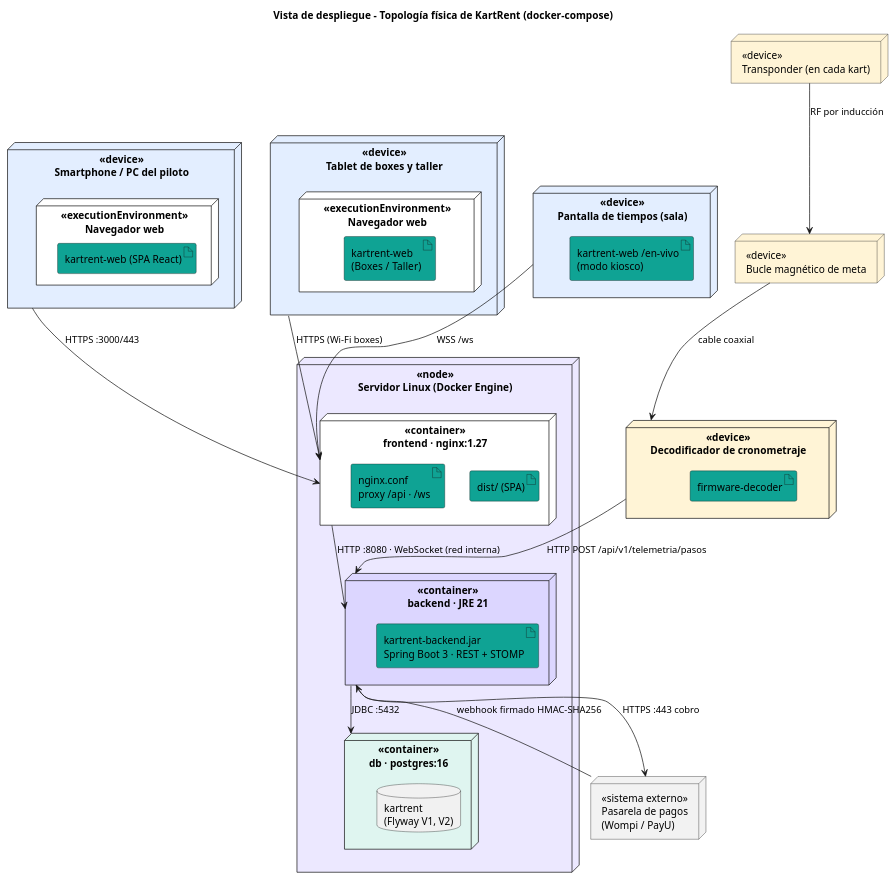
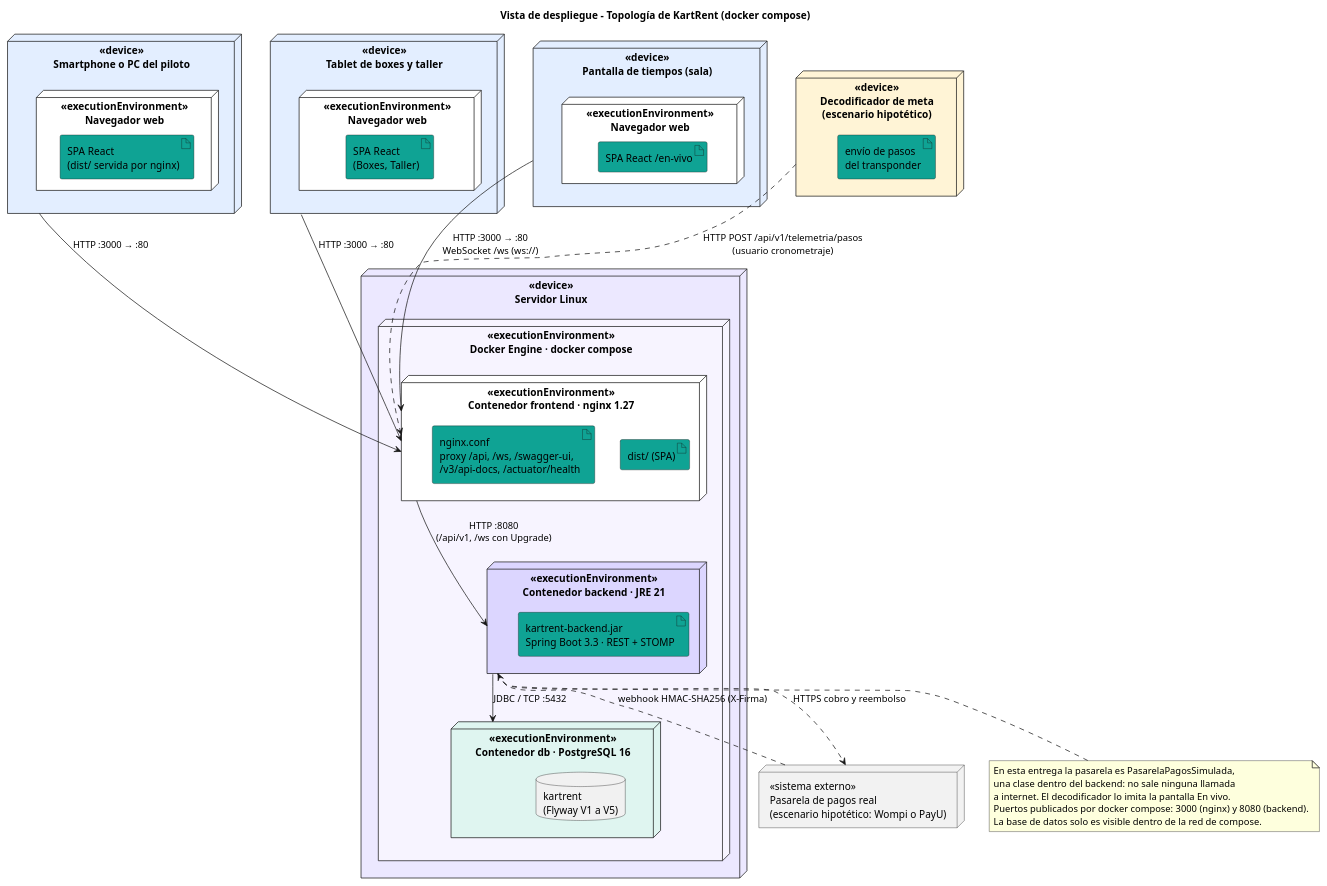
One commit to danielchauxgcampusucceduco/KartRent-Arquitectura changed the diagram in diagramas/plantuml/05_despliegue.puml. Above: the diagram before and after it, drawn with PlantUML. The commit also changed 9 other files, not shown here.

Commit message:
Fase 3: README con equivalencias, responsabilidades GRASP y contrato REST; historias INVEST con escenarios reales; decisiones de diseño; diagramas de despliegue y secuencia

```diff
--- a/diagramas/plantuml/05_despliegue.puml
+++ b/diagramas/plantuml/05_despliegue.puml
@@ -1,50 +1,59 @@
 @startuml
 skinparam shadowing false
 skinparam defaultFontName Arial
-title Vista de despliegue - Topología física de KartRent (docker-compose)
+title Vista de despliegue - Topología de KartRent (docker compose)
 
-node "<<device>>\nSmartphone / PC del piloto" as DCLI #E3EEFF {
-  node "<<executionEnvironment>>\nNavegador web" as NAV #FFFFFF {
-    artifact "kartrent-web (SPA React)" as A_WEB #0FA394
+' Los nombres usan «guillemets» para que PlantUML no los interprete como estereotipos propios.
+node "«device»\nSmartphone o PC del piloto" as DCLI #E3EEFF {
+  node "«executionEnvironment»\nNavegador web" as NAV #FFFFFF {
+    artifact "SPA React\n(dist/ servida por nginx)" as A_WEB #0FA394
   }
 }
-node "<<device>>\nTablet de boxes y taller" as DTAB #E3EEFF {
-  node "<<executionEnvironment>>\nNavegador web" as NAV2 #FFFFFF {
-    artifact "kartrent-web\n(Boxes / Taller)" as A_WEB2 #0FA394
+node "«device»\nTablet de boxes y taller" as DTAB #E3EEFF {
+  node "«executionEnvironment»\nNavegador web" as NAV2 #FFFFFF {
+    artifact "SPA React\n(Boxes, Taller)" as A_WEB2 #0FA394
   }
 }
-node "<<device>>\nPantalla de tiempos (sala)" as DTV #E3EEFF {
-  artifact "kartrent-web /en-vivo\n(modo kiosco)" as A_TV #0FA394
-}
-
-node "<<node>>\nServidor Linux (Docker Engine)" as SRV #ECE8FF {
-  node "<<container>>\nfrontend · nginx:1.27" as C_FE #FFFFFF {
-    artifact "dist/ (SPA)" as A_DIST #0FA394
-    artifact "nginx.conf\nproxy /api · /ws" as A_NGX #0FA394
-  }
-  node "<<container>>\nbackend · JRE 21" as C_BE #DCD6FF {
-    artifact "kartrent-backend.jar\nSpring Boot 3 · REST + STOMP" as A_API #0FA394
-  }
-  node "<<container>>\ndb · postgres:16" as C_DB #DFF5F0 {
-    database "kartrent\n(Flyway V1, V2)" as A_DB
+node "«device»\nPantalla de tiempos (sala)" as DTV #E3EEFF {
+  node "«executionEnvironment»\nNavegador web" as NAV3 #FFFFFF {
+    artifact "SPA React /en-vivo" as A_TV #0FA394
   }
 }
 
-node "<<device>>\nDecodificador de cronometraje" as DDEC #FFF4D6 {
-  artifact "firmware-decoder" as A_FW #0FA394
+node "«device»\nServidor Linux" as SRV #ECE8FF {
+  node "«executionEnvironment»\nDocker Engine · docker compose" as DOCKER #F7F4FF {
+    node "«executionEnvironment»\nContenedor frontend · nginx 1.27" as C_FE #FFFFFF {
+      artifact "dist/ (SPA)" as A_DIST #0FA394
+      artifact "nginx.conf\nproxy /api, /ws, /swagger-ui,\n/v3/api-docs, /actuator/health" as A_NGX #0FA394
+    }
+    node "«executionEnvironment»\nContenedor backend · JRE 21" as C_BE #DCD6FF {
+      artifact "kartrent-backend.jar\nSpring Boot 3.3 · REST + STOMP" as A_API #0FA394
+    }
+    node "«executionEnvironment»\nContenedor db · PostgreSQL 16" as C_DB #DFF5F0 {
+      database "kartrent\n(Flyway V1 a V5)" as A_DB
+    }
+  }
 }
-node "<<device>>\nBucle magnético de meta" as DLOOP #FFF4D6
-node "<<device>>\nTransponder (en cada kart)" as DTRP #FFF4D6
-node "<<sistema externo>>\nPasarela de pagos\n(Wompi / PayU)" as DPAS #F2F2F2
 
-DCLI --> C_FE : HTTPS :3000/443
-DTAB --> C_FE : HTTPS (Wi-Fi boxes)
-DTV --> C_FE : WSS /ws
-C_FE --> C_BE : HTTP :8080 · WebSocket (red interna)
-C_BE --> C_DB : JDBC :5432
-DDEC --> C_BE : HTTP POST /api/v1/telemetria/pasos
-DLOOP --> DDEC : cable coaxial
-DTRP --> DLOOP : RF por inducción
-DPAS --> C_BE : webhook firmado HMAC-SHA256
-C_BE --> DPAS : HTTPS :443 cobro
+node "«device»\nDecodificador de meta\n(escenario hipotético)" as DDEC #FFF4D6 {
+  artifact "envío de pasos\ndel transponder" as A_FW #0FA394
+}
+node "«sistema externo»\nPasarela de pagos real\n(escenario hipotético: Wompi o PayU)" as DPAS #F2F2F2
+
+DCLI --> C_FE : HTTP :3000 → :80
+DTAB --> C_FE : HTTP :3000 → :80
+DTV --> C_FE : HTTP :3000 → :80\nWebSocket /ws (ws://)
+C_FE --> C_BE : HTTP :8080\n(/api/v1, /ws con Upgrade)
+C_BE --> C_DB : JDBC / TCP :5432
+DDEC ..> C_FE : HTTP POST /api/v1/telemetria/pasos\n(usuario cronometraje)
+C_BE ..> DPAS : HTTPS cobro y reembolso
+DPAS ..> C_BE : webhook HMAC-SHA256 (X-Firma)
+
+note bottom of C_BE
+  En esta entrega la pasarela es PasarelaPagosSimulada,
+  una clase dentro del backend: no sale ninguna llamada
+  a internet. El decodificador lo imita la pantalla En vivo.
+  Puertos publicados por docker compose: 3000 (nginx) y 8080 (backend).
+  La base de datos solo es visible dentro de la red de compose.
+end note
 @enduml
```
